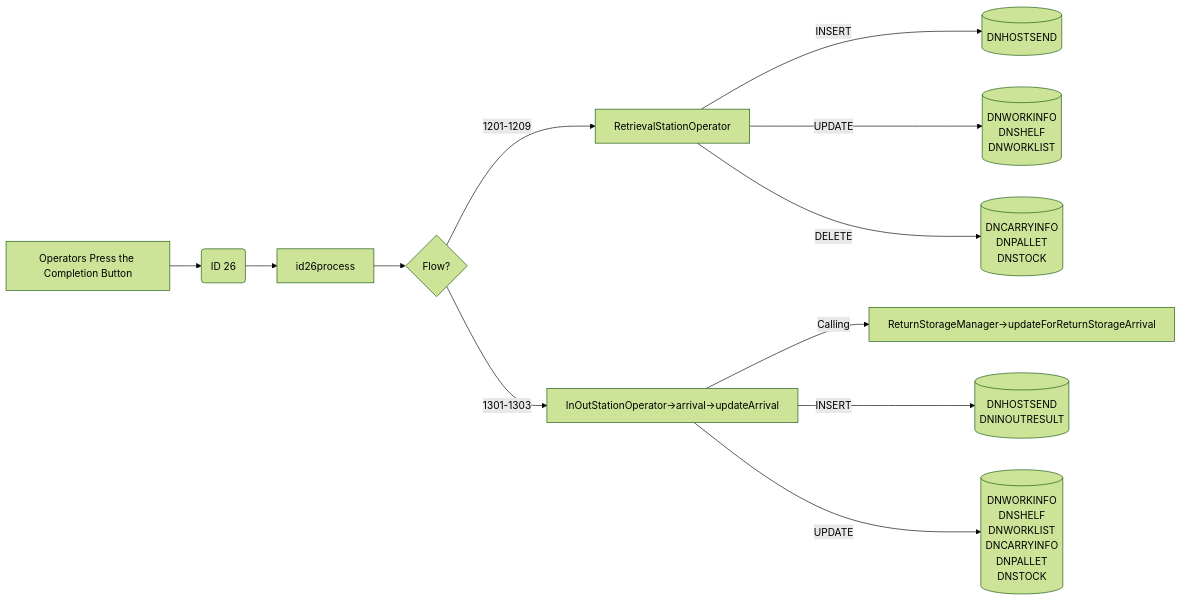
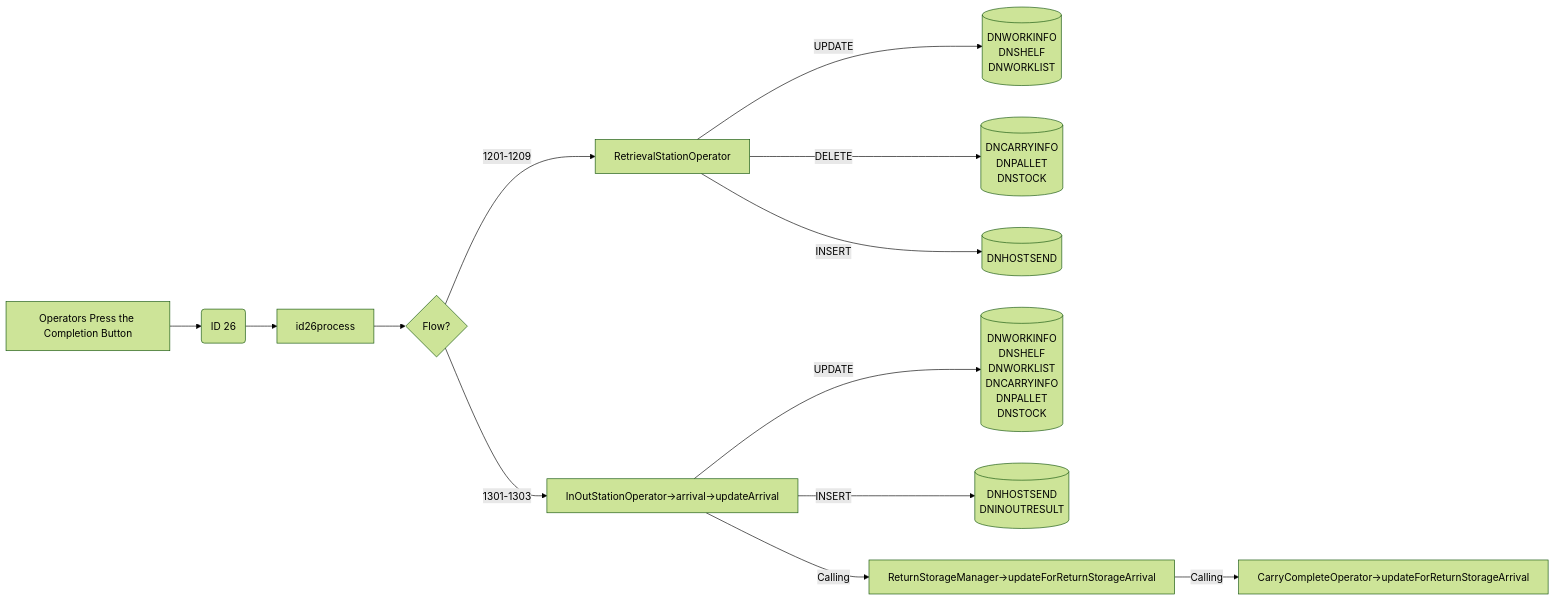
One commit to luthfiadityaa/SimeDarby-Wiki changed diagram 19 of 19 in Basic-Design/DFD-WMS/Retrieval/Specific-Location-Retrieval-Setting.md. Above: the diagram before and after it, drawn with Mermaid (forest theme).

Commit message:
Updated Specific Location Retrieval Setting

```diff
--- a/Basic-Design/DFD-WMS/Retrieval/Specific-Location-Retrieval-Setting.md
+++ b/Basic-Design/DFD-WMS/Retrieval/Specific-Location-Retrieval-Setting.md
@@ -836,59 +836,60 @@
 ::: mermaid
 flowchart LR
 
 buttonclicked["
 Operators Press the Completion Button
 "]
 
 id26msg("
 ID 26
 ")
 
 
 id26-updateRt[("
 DNWORKINFO
 DNSHELF
 DNWORKLIST
 ")]
 
 id26-deleteRt[("
 DNCARRYINFO
 DNPALLET
 DNSTOCK
 ")]
 
 id26-insertRt[("
 DNHOSTSEND
 ")]
 
 id26-updateIo[("
 DNWORKINFO
 DNSHELF
 DNWORKLIST
 DNCARRYINFO
 DNPALLET
 DNSTOCK
 ")]
 
 id26-insertIo[("
 DNHOSTSEND
 DNINOUTRESULT
 ")]
 
 id26process[id26process]
 
 buttonclicked --> id26msg
 id26msg -->id26process-->Cond1{Flow?}
 
 RetrievalStationOperator--> |INSERT| id26-insertRt 
 RetrievalStationOperator--> |UPDATE| id26-updateRt 
 RetrievalStationOperator--> |DELETE| id26-deleteRt 
 
 Cond1{Flow?} --> |1201-1209| RetrievalStationOperator
 Cond1{Flow?} --> |1301-1303| P2[InOutStationOperator→arrival→updateArrival]
 
 P2 --> |Calling| P3[ReturnStorageManager→updateForReturnStorageArrival]
+P3 --> |Calling| P4[CarryCompleteOperator→updateForReturnStorageArrival]
 P2 --> |INSERT| id26-insertIo
 P2 --> |UPDATE| id26-updateIo
 
 :::
```
